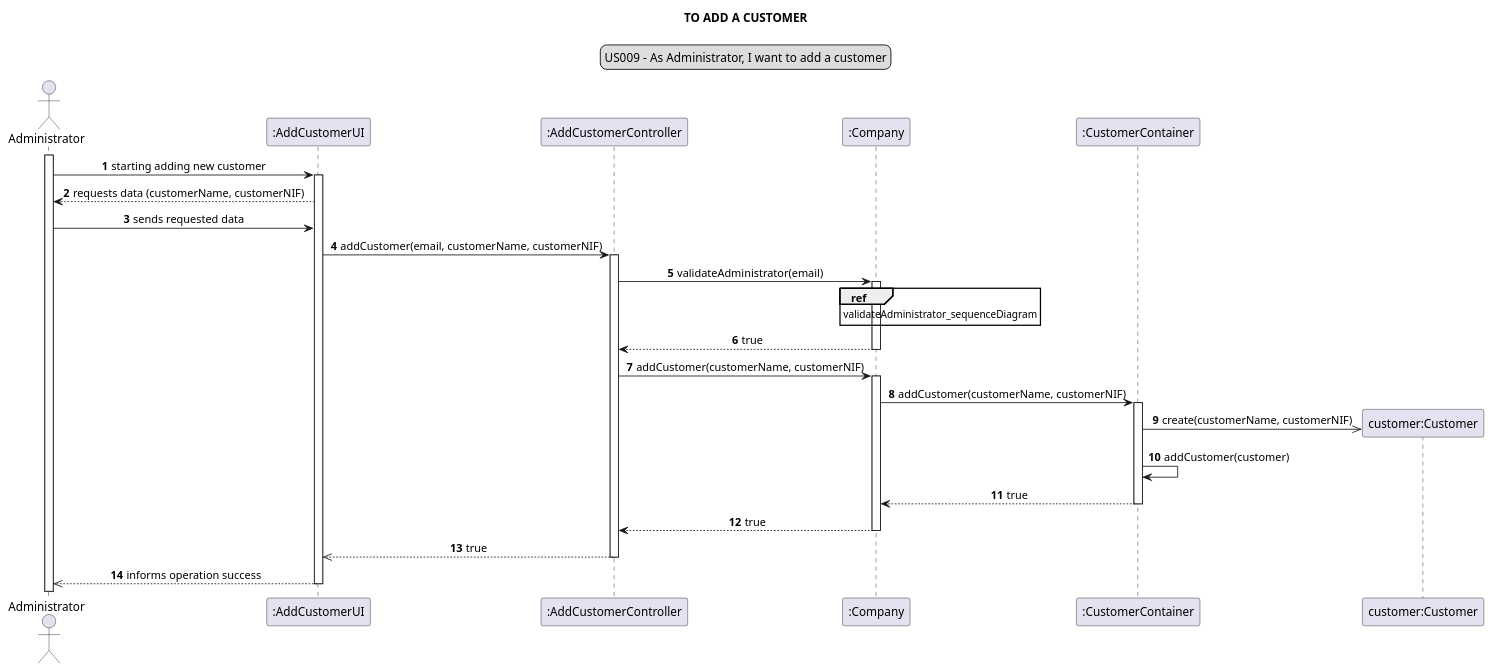
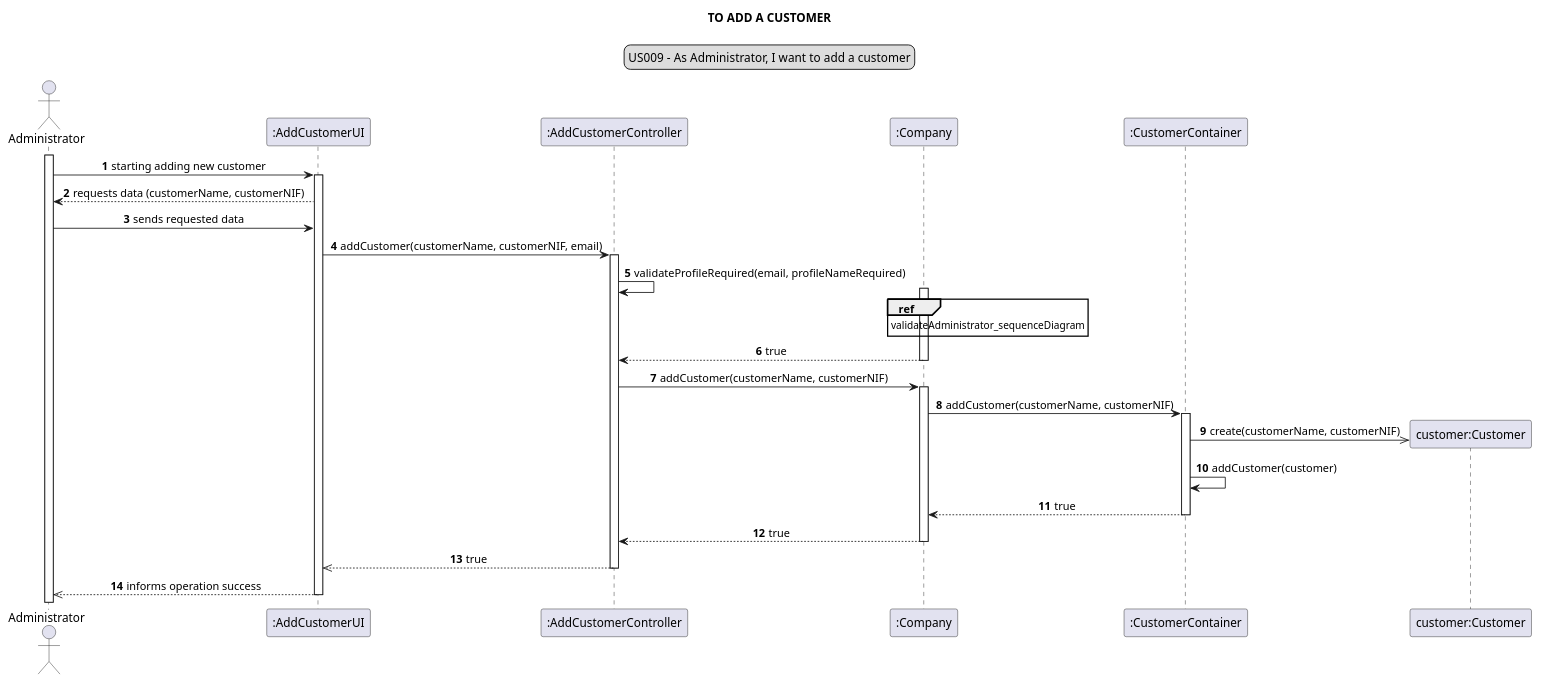
Before and after one commit to Loracline/project_switch_22-23: the diagram in docs/modelling_design/user_stories/sprint02/us009/US009_sequenceDiagram.puml, drawn with PlantUML. The commit also changed 4 other files, not shown here.

Commit message:
US001,US002, US007, US008, US009 : Design : refinement of Sequence Diagram

```diff
--- a/docs/modelling_design/user_stories/sprint02/us009/US009_sequenceDiagram.puml
+++ b/docs/modelling_design/user_stories/sprint02/us009/US009_sequenceDiagram.puml
@@ -1,44 +1,44 @@
 @startuml
 skinparam sequenceMessageAlign center
 title TO ADD A CUSTOMER
 legend top
 US009 - As Administrator, I want to add a customer
 end legend
 autonumber
 actor Administrator
 participant ":AddCustomerUI" as ui
-participant ":AddCustomerController" as controller
-participant ":Company" as company
-participant ":CustomerContainer" as container
+participant ":AddCustomerController" as ct
+participant ":Company" as c
+participant ":CustomerContainer" as cn
 participant "customer:Customer" as customer
 activate Administrator
 Administrator -> ui: starting adding new customer
 activate ui
 ui --> Administrator: requests data (customerName, customerNIF)
 
 Administrator -> ui: sends requested data
 
-ui -> controller: addCustomer(email, customerName, customerNIF)
-activate controller
-controller -> company: validateAdministrator(email)
-activate company
-ref over company: validateAdministrator_sequenceDiagram
+ui -> ct: addCustomer(customerName, customerNIF, email)
+activate ct
+ct -> ct: validateProfileRequired(email, profileNameRequired)
+activate c
+ref over c: validateAdministrator_sequenceDiagram
 
-company --> controller: true
-deactivate company
-controller -> company: addCustomer(customerName, customerNIF)
-activate company
-company -> container: addCustomer(customerName, customerNIF)
+c --> ct: true
+deactivate c
+ct -> c: addCustomer(customerName, customerNIF)
+activate c
+c -> cn: addCustomer(customerName, customerNIF)
 create customer
-activate container
-container ->> customer: create(customerName, customerNIF)
-container -> container: addCustomer(customer)
-container --> company: true
-deactivate container
-company --> controller: true
-deactivate company
-controller -->> ui: true
-deactivate controller
+activate cn
+cn ->> customer: create(customerName, customerNIF)
+cn -> cn: addCustomer(customer)
+cn --> c: true
+deactivate cn
+c --> ct: true
+deactivate c
+ct -->> ui: true
+deactivate ct
 ui -->>Administrator: informs operation success
 deactivate ui
 @enduml
```
